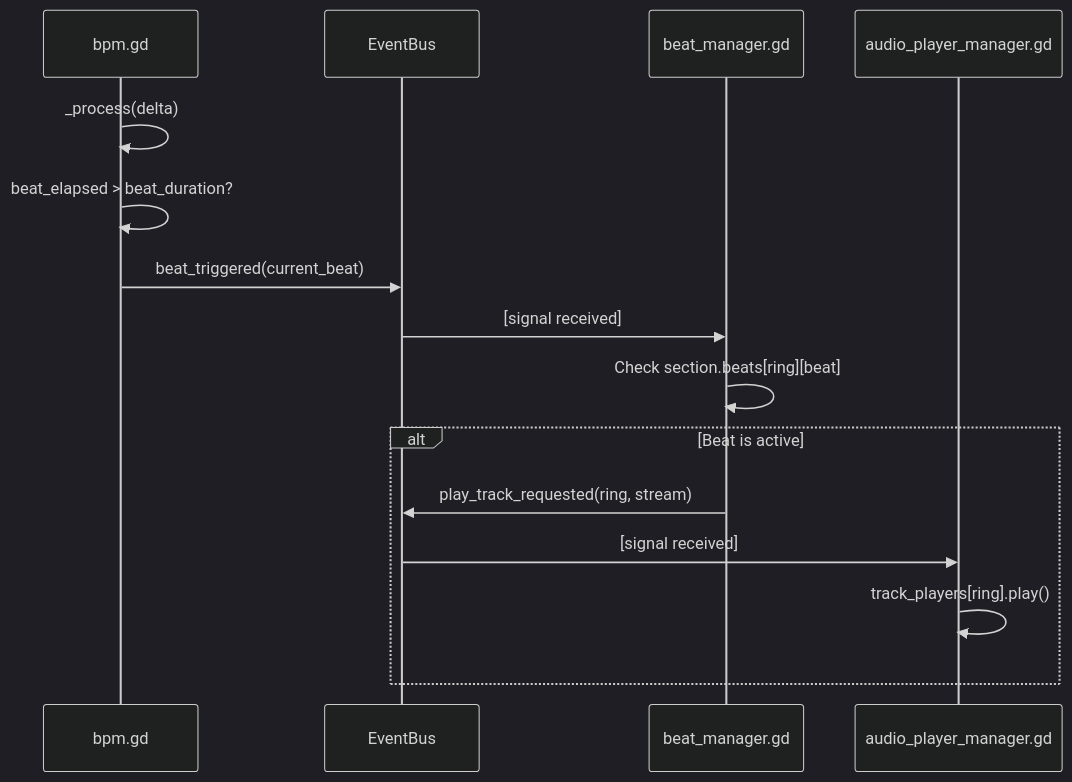
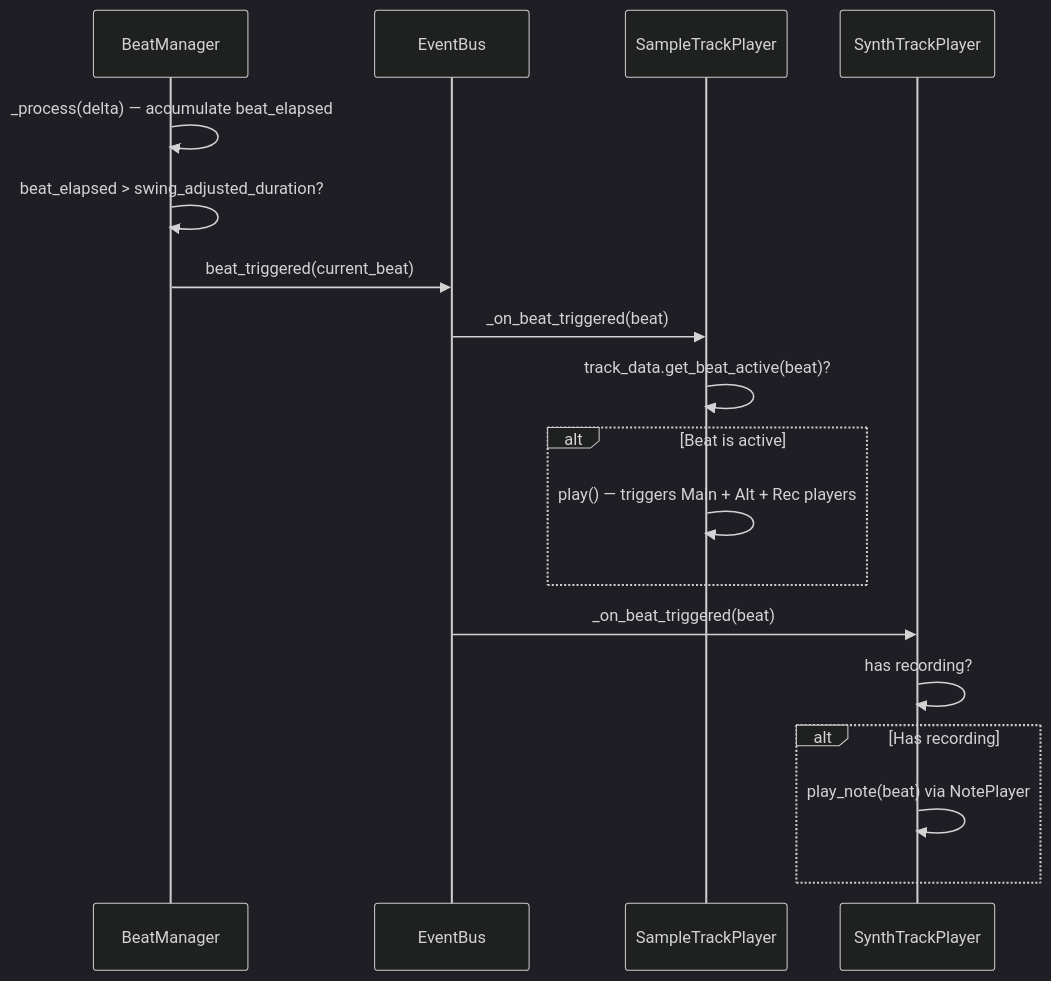
Before and after one commit to CatmanJunior/godot-youbeatai-main: the first of 5 diagrams in Ritme Robot Architecture.md, drawn with Mermaid (dark theme). The commit also changed other lines of this file and 1 other file, not shown here.

First line of the commit message:
Update architecture.md and create STYLE_GUIDE.md

````diff
--- a/Ritme Robot Architecture.md
+++ b/Ritme Robot Architecture.md
@@ -17,18 +86,21 @@
 ```mermaid
 sequenceDiagram
-    participant BPM as bpm.gd
+    participant BM as BeatManager
     participant EB as EventBus
-    participant BM as beat_manager.gd
-    participant APM as audio_player_manager.gd
-    
-    BPM->>BPM: _process(delta)
-    BPM->>BPM: beat_elapsed > beat_duration?
-    BPM->>EB: beat_triggered(current_beat)
-    EB->>BM: [signal received]
-    BM->>BM: Check section.beats[ring][beat]
+    participant STP as SampleTrackPlayer
+    participant SyTP as SynthTrackPlayer
+
+    BM->>BM: _process(delta) — accumulate beat_elapsed
+    BM->>BM: beat_elapsed > swing_adjusted_duration?
+    BM->>EB: beat_triggered(current_beat)
+    EB->>STP: _on_beat_triggered(beat)
+    STP->>STP: track_data.get_beat_active(beat)?
     alt Beat is active
-        BM->>EB: play_track_requested(ring, stream)
-        EB->>APM: [signal received]
-        APM->>APM: track_players[ring].play()
+        STP->>STP: play() — triggers Main + Alt + Rec players
+    end
+    EB->>SyTP: _on_beat_triggered(beat)
+    SyTP->>SyTP: has recording?
+    alt Has recording
+        SyTP->>SyTP: play_note(beat) via NotePlayer
     end
 ```
````
